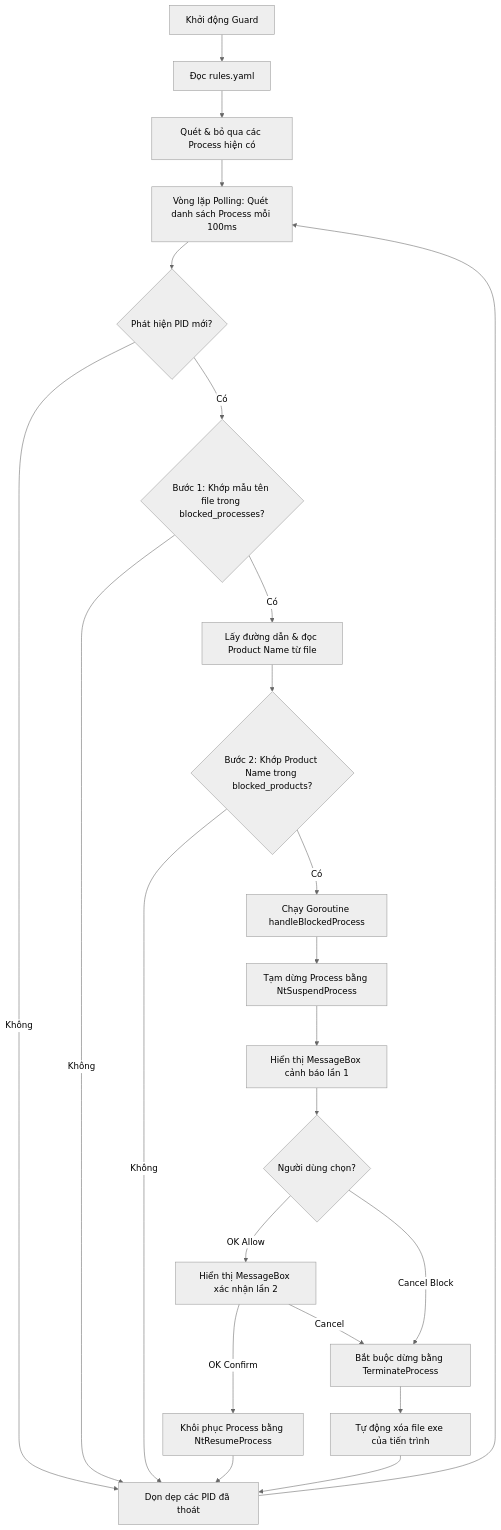
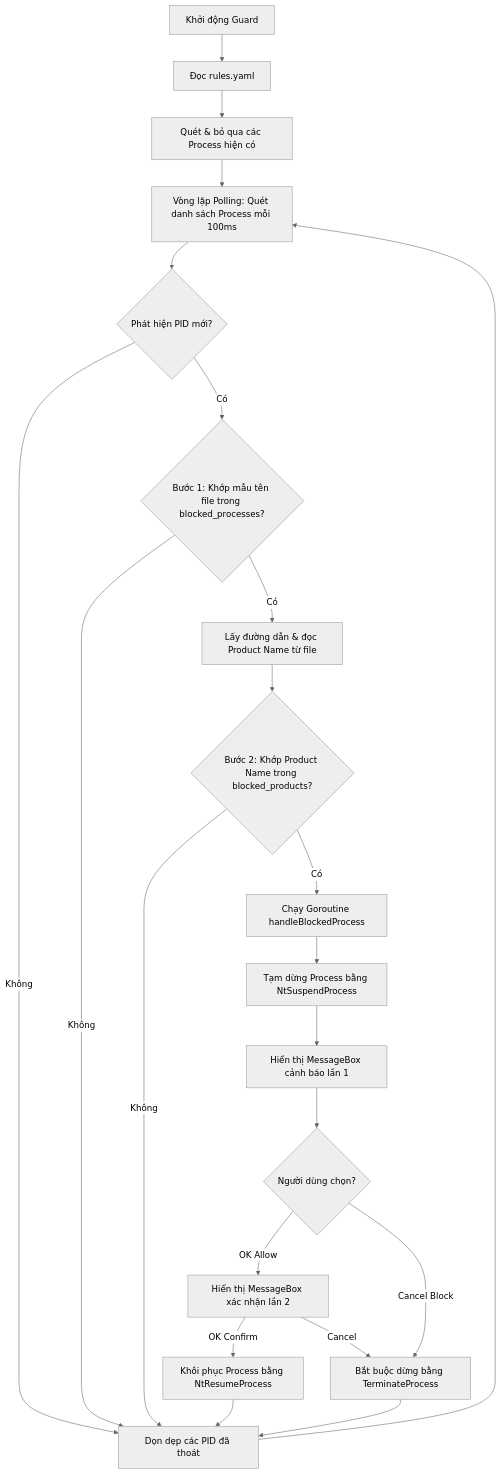
One commit to daongochuy2516/antiantivirus changed the diagram in readme.md. Above: the diagram before and after it, drawn with Mermaid (neutral theme).

````diff
--- a/readme.md
+++ b/readme.md
@@ -13,25 +13,24 @@
 ```mermaid
 graph TD
     A[Khởi động Guard] --> B[Đọc rules.yaml]
     B --> C[Quét & bỏ qua các Process hiện có]
     C --> D[Vòng lặp Polling: Quét danh sách Process mỗi 100ms]
     D --> E{Phát hiện PID mới?}
     E -- Không --> F[Dọn dẹp các PID đã thoát]
     F --> D
     E -- Có --> G{Bước 1: Khớp mẫu tên file trong blocked_processes?}
     G -- Không --> F
     G -- Có --> H[Lấy đường dẫn & đọc Product Name từ file]
     H --> I{Bước 2: Khớp Product Name trong blocked_products?}
     I -- Không --> F
     I -- Có --> J[Chạy Goroutine handleBlockedProcess]
     J --> K[Tạm dừng Process bằng NtSuspendProcess]
     K --> L[Hiển thị MessageBox cảnh báo lần 1]
     L --> M{Người dùng chọn?}
     M -- OK Allow --> N[Hiển thị MessageBox xác nhận lần 2]
     N -- OK Confirm --> O[Khôi phục Process bằng NtResumeProcess]
     N -- Cancel --> P[Bắt buộc dừng bằng TerminateProcess]
     M -- Cancel Block --> P
-    P --> Q[Tự động xóa file exe của tiến trình]
     O --> F
-    Q --> F
+    P --> F
 ```
````
